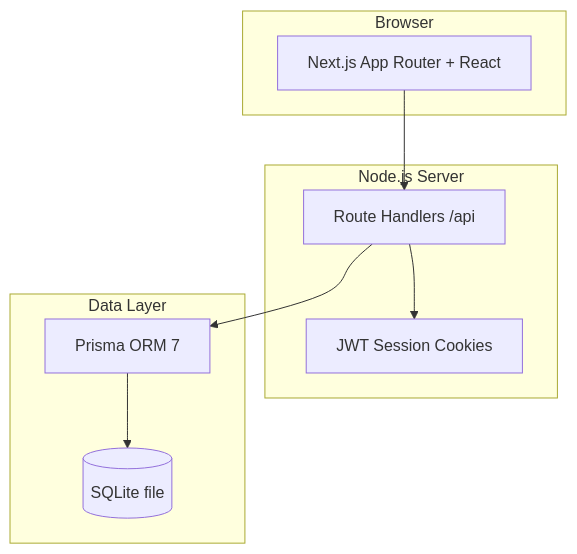
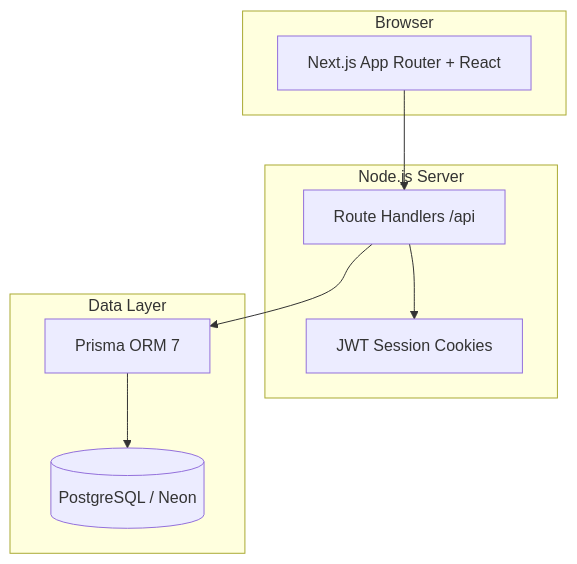
Before and after one commit to nitish0009/goal-tracker: the diagram in README.md, drawn with Mermaid. The commit also changed other lines of this file and 13 other files, not shown here.

Commit message:
Configure Vercel deployment with PostgreSQL and build pipeline

````diff
--- a/README.md
+++ b/README.md
@@ -34,18 +38,18 @@
 ```mermaid
 flowchart TB
   subgraph client [Browser]
     UI[Next.js App Router + React]
   end
   subgraph server [Node.js Server]
     API[Route Handlers /api]
     Auth[JWT Session Cookies]
   end
   subgraph data [Data Layer]
     Prisma[Prisma ORM 7]
-    SQLite[(SQLite file)]
+    Postgres[(PostgreSQL / Neon)]
   end
   UI --> API
   API --> Auth
   API --> Prisma
-  Prisma --> SQLite
+  Prisma --> Postgres
 ```
````
